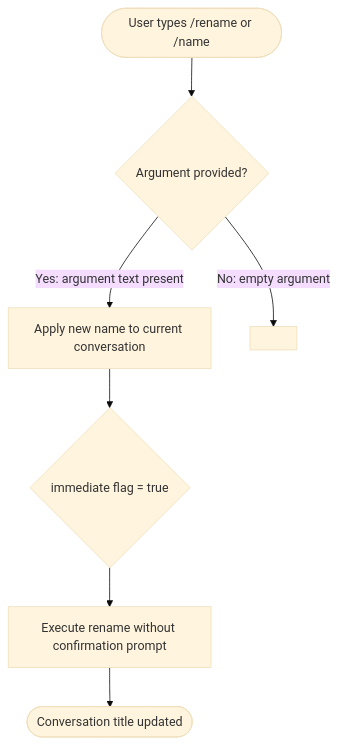
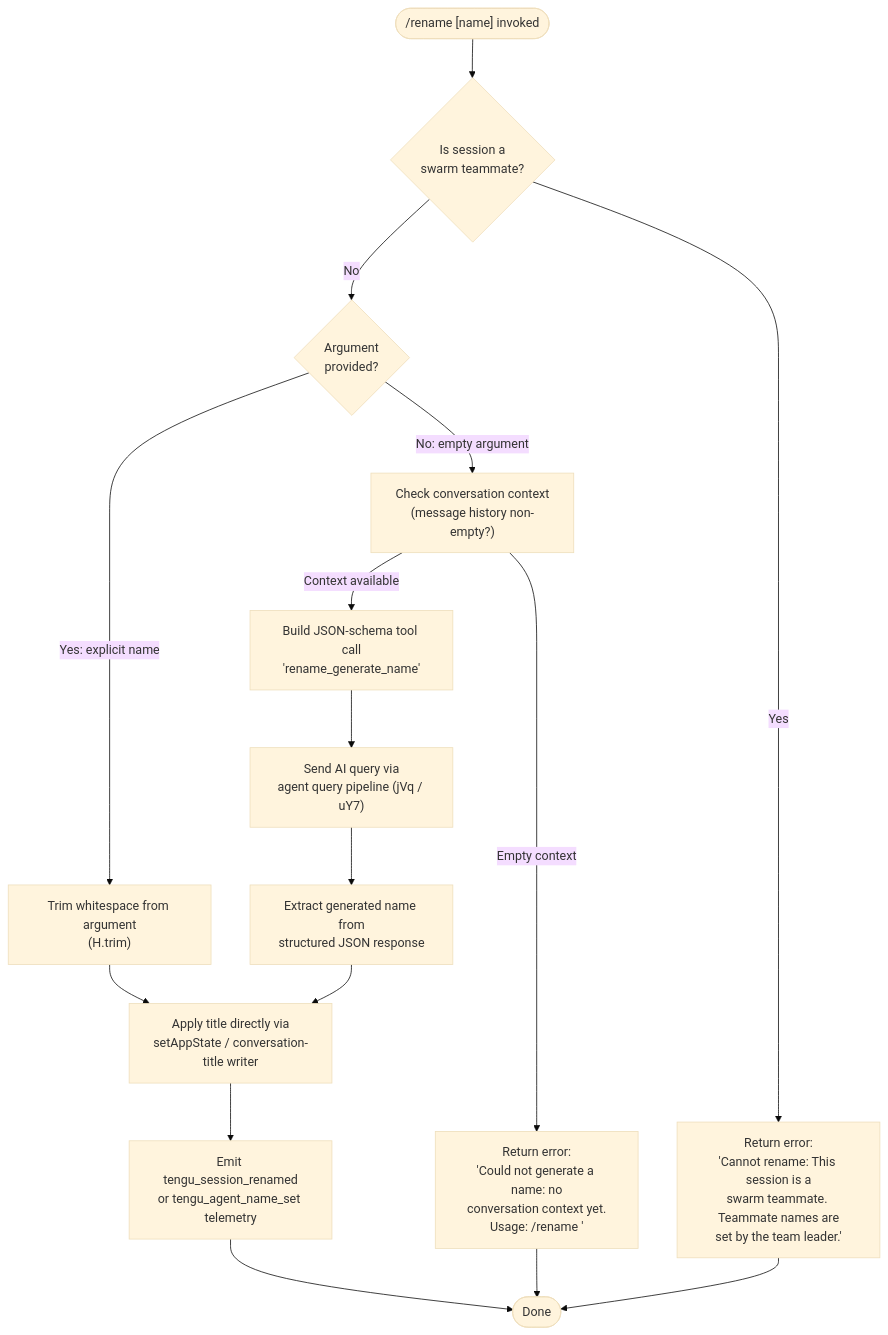
One commit to MyLittleLuckyDog/cc-gnothi changed the diagram in versions/v2.1.139/rename.md. Above: the diagram before and after it, drawn with Mermaid (base theme). The commit also changed other lines of this file and 97 other files, not shown here.

````diff
--- a/versions/v2.1.139/rename.md
+++ b/versions/v2.1.139/rename.md
@@ -48,9 +57,18 @@
 ```mermaid
 flowchart TD
-    A([User types /rename or /name]) --> B{Argument provided?}
-    B -- "Yes: argument text present" --> C[Apply new name to current conversation]
-    B -- "No: empty argument" --> D[<!-- TODO: not found in depth-2 traversal; needs --depth 4 -->]
-    C --> E{immediate flag = true}
-    E --> F[Execute rename without confirmation prompt]
-    F --> G([Conversation title updated])
+    A(["/rename [name] invoked"]) --> B{Is session a\nswarm teammate?}
+    B -- Yes --> C["Return error:\n'Cannot rename: This session is a\nswarm teammate. Teammate names are\nset by the team leader.'"]
+    B -- No --> D{Argument\nprovided?}
+    D -- Yes: explicit name --> E["Trim whitespace from argument\n(H.trim)"]
+    E --> F["Apply title directly via\nsetAppState / conversation-title writer"]
+    F --> G["Emit tengu_session_renamed\nor tengu_agent_name_set telemetry"]
+    G --> Z([Done])
+    D -- No: empty argument --> H["Check conversation context\n(message history non-empty?)"]
+    H -- Empty context --> I["Return error:\n'Could not generate a name: no\nconversation context yet.\nUsage: /rename <name>'"]
+    H -- Context available --> J["Build JSON-schema tool call\n'rename_generate_name'"]
+    J --> K["Send AI query via\nagent query pipeline (jVq / uY7)"]
+    K --> L["Extract generated name from\nstructured JSON response"]
+    L --> F
+    I --> Z
+    C --> Z
 ```
````
